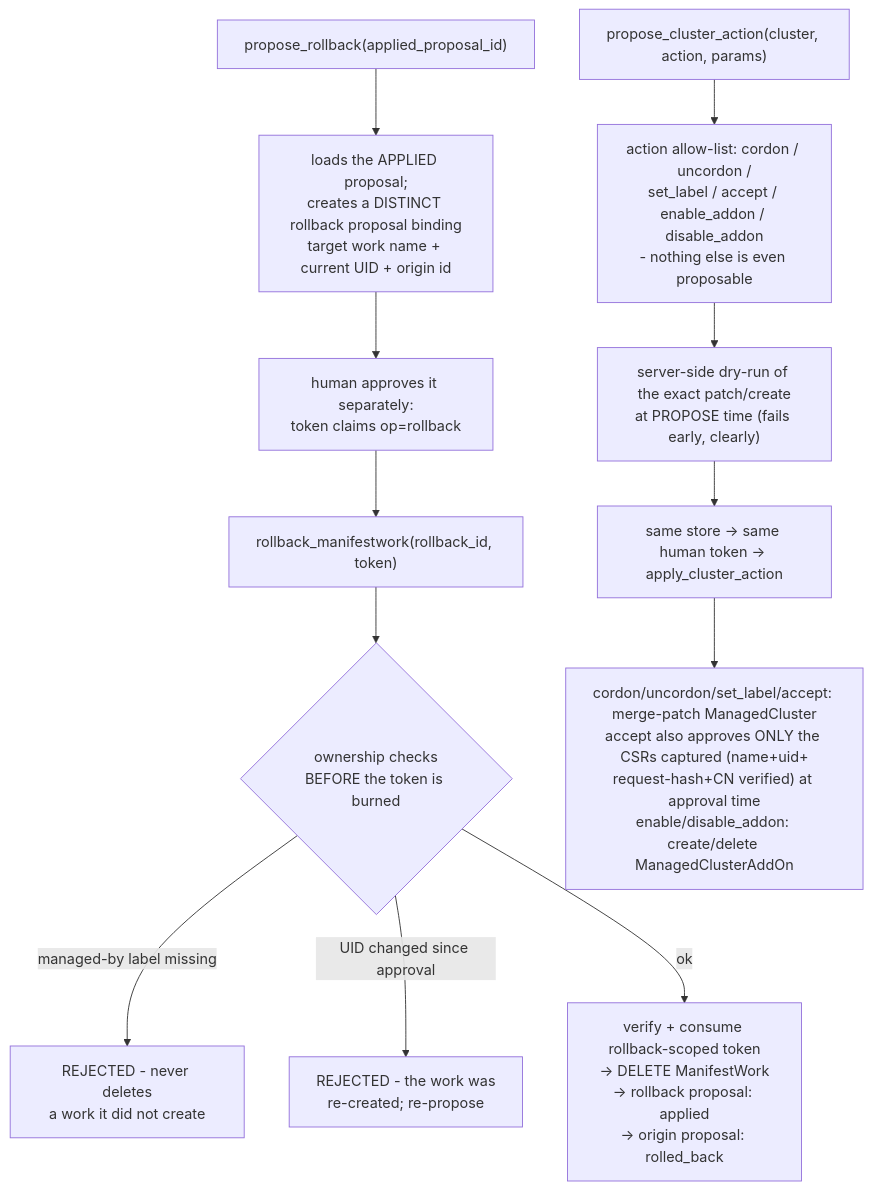
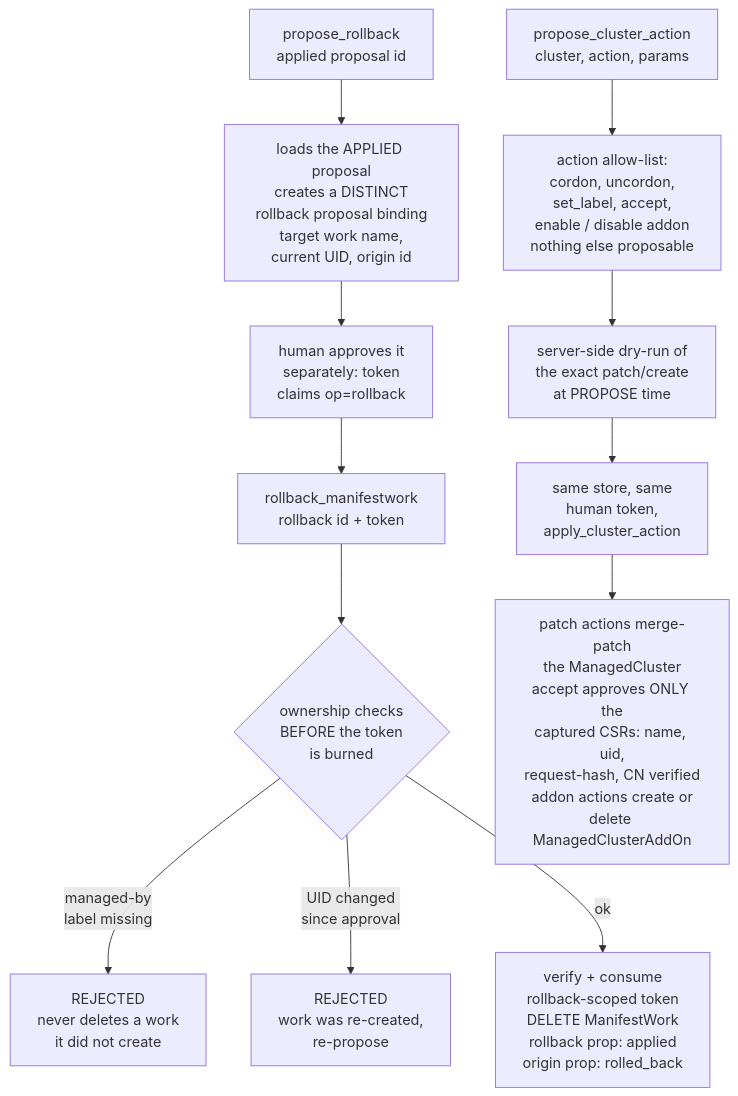
The fourth of 5 diagrams in docs/architecture.md (ocm-mcp-server/ocm-mcp-server), drawn with Mermaid before and after one commit. The commit also changed other lines of this file, not shown here.

First line of the commit message:
docs(architecture): stop GitHub Mermaid from clipping node labels

````diff
--- a/docs/architecture.md
+++ b/docs/architecture.md
@@ -209,15 +209,15 @@
 ```mermaid
 flowchart TD
-    R0["propose_rollback(applied_proposal_id)"] --> R1["loads the APPLIED proposal;<br/>creates a DISTINCT rollback proposal binding<br/>target work name + current UID + origin id"]
-    R1 --> R2["human approves it separately:<br/>token claims op=rollback"]
-    R2 --> R3["rollback_manifestwork(rollback_id, token)"]
-    R3 --> R4{"ownership checks<br/>BEFORE the token is burned"}
-    R4 -- "managed-by label missing" --> RX["REJECTED - never deletes<br/>a work it did not create"]
-    R4 -- "UID changed since approval" --> RX2["REJECTED - the work was<br/>re-created; re-propose"]
-    R4 -- ok --> R5["verify + consume rollback-scoped token<br/>-> DELETE ManifestWork<br/>-> rollback proposal: applied<br/>-> origin proposal: rolled_back"]
+    R0["propose_rollback<br/>applied proposal id"] --> R1["loads the APPLIED proposal<br/>creates a DISTINCT<br/>rollback proposal binding<br/>target work name,<br/>current UID, origin id"]
+    R1 --> R2["human approves it<br/>separately: token<br/>claims op=rollback"]
+    R2 --> R3["rollback_manifestwork<br/>rollback id + token"]
+    R3 --> R4{"ownership checks<br/>BEFORE the token<br/>is burned"}
+    R4 -- "managed-by<br/>label missing" --> RX["REJECTED<br/>never deletes a work<br/>it did not create"]
+    R4 -- "UID changed<br/>since approval" --> RX2["REJECTED<br/>work was re-created,<br/>re-propose"]
+    R4 -- ok --> R5["verify + consume<br/>rollback-scoped token<br/>DELETE ManifestWork<br/>rollback prop: applied<br/>origin prop: rolled_back"]
 
-    C0["propose_cluster_action(cluster, action, params)"] --> C1["action allow-list: cordon / uncordon /<br/>set_label / accept / enable_addon / disable_addon<br/>- nothing else is even proposable"]
-    C1 --> C2["server-side dry-run of the exact patch/create<br/>at PROPOSE time (fails early, clearly)"]
-    C2 --> C3["same store -> same human token -> apply_cluster_action"]
-    C3 --> C4["cordon/uncordon/set_label/accept: merge-patch ManagedCluster<br/>accept also approves ONLY the CSRs captured (name+uid+<br/>request-hash+CN verified) at approval time<br/>enable/disable_addon: create/delete ManagedClusterAddOn"]
+    C0["propose_cluster_action<br/>cluster, action, params"] --> C1["action allow-list:<br/>cordon, uncordon,<br/>set_label, accept,<br/>enable / disable addon<br/>nothing else proposable"]
+    C1 --> C2["server-side dry-run of<br/>the exact patch/create<br/>at PROPOSE time"]
+    C2 --> C3["same store, same<br/>human token,<br/>apply_cluster_action"]
+    C3 --> C4["patch actions merge-patch<br/>the ManagedCluster<br/>accept approves ONLY the<br/>captured CSRs: name, uid,<br/>request-hash, CN verified<br/>addon actions create or<br/>delete ManagedClusterAddOn"]
 ```
````
